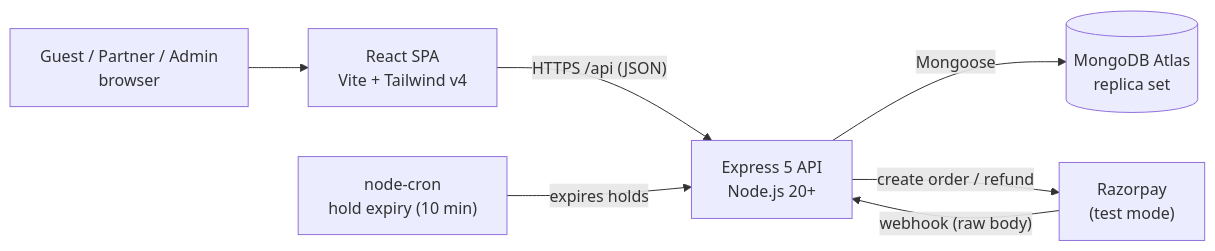
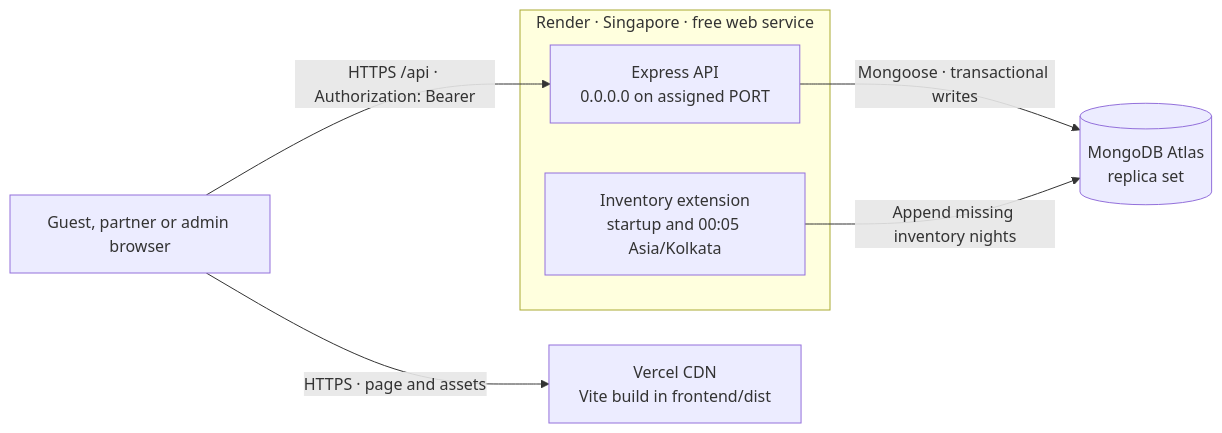
One commit to Yash-programmerr/Mini-Ajintara changed the diagram in docs/ARCHITECTURE.md. Above: the diagram before and after it, drawn with Mermaid. The commit also changed other lines of this file and 2 other files, not shown here.

````diff
--- a/docs/ARCHITECTURE.md
+++ b/docs/ARCHITECTURE.md
@@ -3,9 +3,14 @@
 ```mermaid
 flowchart LR
-  Browser["Guest / Partner / Admin<br/>browser"] --> FE["React SPA<br/>Vite + Tailwind v4"]
-  FE -->|"HTTPS /api (JSON)"| BE["Express 5 API<br/>Node.js 20+"]
-  BE -->|"Mongoose"| DB[("MongoDB Atlas<br/>replica set")]
-  BE -->|"create order / refund"| RZ["Razorpay<br/>(test mode)"]
-  RZ -->|"webhook (raw body)"| BE
-  CRON["node-cron<br/>hold expiry (10 min)"] -->|"expires holds"| BE
+    Browser["Guest, partner or admin browser"]
+    Vercel["Vercel CDN<br/>Vite build in frontend/dist"]
+    subgraph Render["Render · Singapore · free web service"]
+        API["Express API<br/>0.0.0.0 on assigned PORT"]
+        Cron["Inventory extension<br/>startup and 00:05 Asia/Kolkata"]
+    end
+    Atlas[("MongoDB Atlas<br/>replica set")]
+    Browser -->|"HTTPS · page and assets"| Vercel
+    Browser -->|"HTTPS /api · Authorization: Bearer"| API
+    API -->|"Mongoose · transactional writes"| Atlas
+    Cron -->|"Append missing inventory nights"| Atlas
 ```
````
